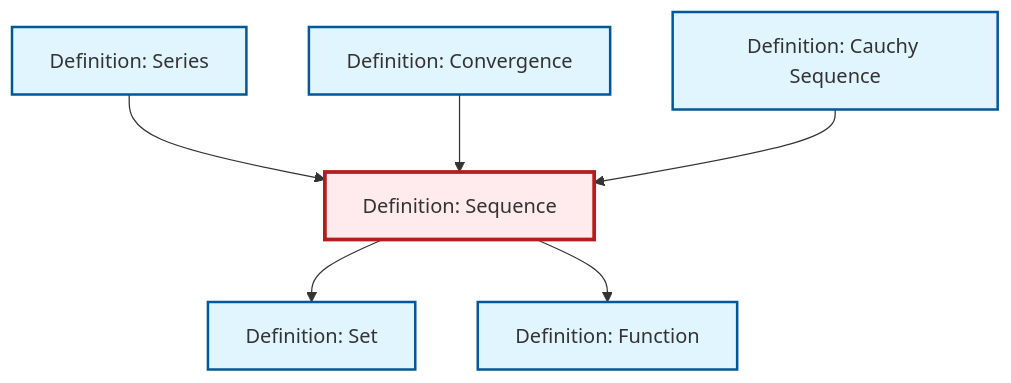
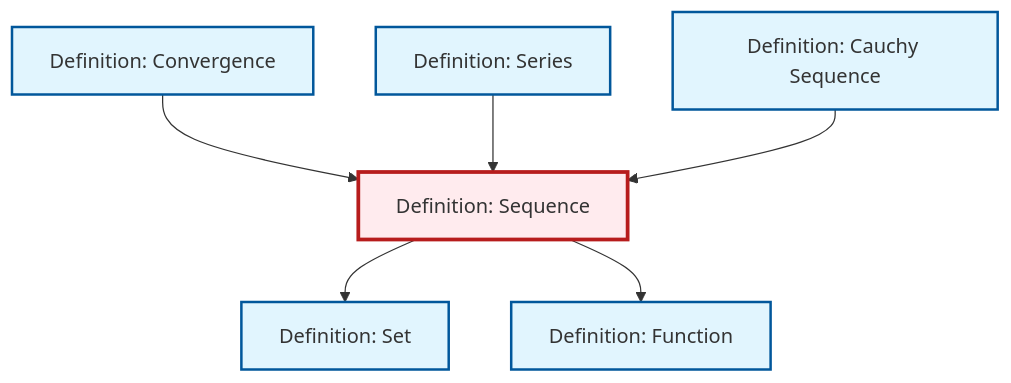
Before and after one commit to RK0429/ModernMath: the diagram in content/en/analysis/def-sequence.qmd, drawn with Mermaid. The commit also changed other lines of this file and 654 other files, not shown here.

````diff
--- a/content/en/analysis/def-sequence.qmd
+++ b/content/en/analysis/def-sequence.qmd
@@ -76,26 +76,26 @@
 ```{mermaid}
 %%| fig-cap: "Local dependency graph"
 graph TD
     classDef definition fill:#e1f5fe,stroke:#01579b,stroke-width:2px
     classDef theorem fill:#f3e5f5,stroke:#4a148c,stroke-width:2px
     classDef axiom fill:#fff3e0,stroke:#e65100,stroke-width:2px
     classDef example fill:#e8f5e9,stroke:#1b5e20,stroke-width:2px
     classDef current fill:#ffebee,stroke:#b71c1c,stroke-width:3px
+    def-set["Definition: Set"]:::definition
     def-convergence["Definition: Convergence"]:::definition
-    def-sequence["Definition: Sequence"]:::definition
     def-series["Definition: Series"]:::definition
     def-cauchy-sequence["Definition: Cauchy Sequence"]:::definition
     def-function["Definition: Function"]:::definition
-    def-set["Definition: Set"]:::definition
-    def-series --> def-sequence
+    def-sequence["Definition: Sequence"]:::definition
     def-sequence --> def-set
     def-convergence --> def-sequence
+    def-series --> def-sequence
+    def-sequence --> def-function
     def-cauchy-sequence --> def-sequence
-    def-sequence --> def-function
     class def-sequence current
+    click def-set "def-set.html" "Go to Set definition"
     click def-convergence "def-convergence.html" "Go to Convergence definition"
     click def-series "def-series.html" "Go to Series definition"
     click def-cauchy-sequence "def-cauchy-sequence.html" "Go to Cauchy Sequence definition"
     click def-function "def-function.html" "Go to Function definition"
-    click def-set "def-set.html" "Go to Set definition"
 ```
````
